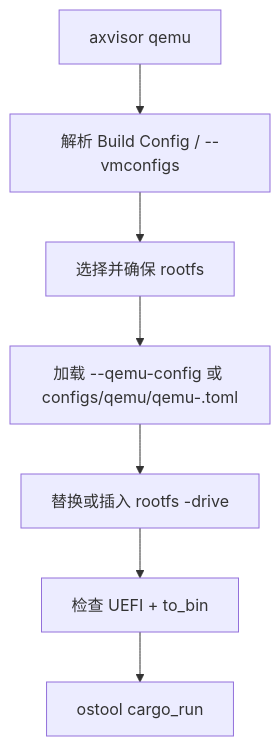
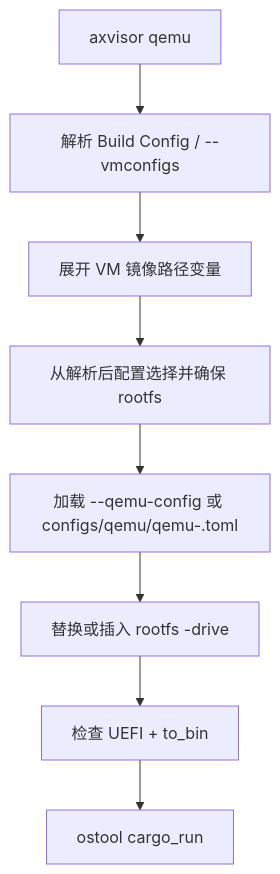
The diagram in docs/docs/build/axvisor/runtime.md (451846939/tgoskits), drawn with Mermaid before and after one commit. The commit also changed other lines of this file and 36 other files, not shown here.

````diff
--- a/docs/docs/build/axvisor/runtime.md
+++ b/docs/docs/build/axvisor/runtime.md
@@ -14,9 +16,10 @@
 ```mermaid
 flowchart TD
     A["axvisor qemu"] --> B["解析 Build Config / --vmconfigs"]
-    B --> C["选择并确保 rootfs"]
-    C --> D["加载 --qemu-config 或 configs/qemu/qemu-<arch>.toml"]
-    D --> E["替换或插入 rootfs -drive"]
-    E --> F["检查 UEFI + to_bin"]
-    F --> G["ostool cargo_run"]
+    B --> C["展开 VM 镜像路径变量"]
+    C --> D["从解析后配置选择并确保 rootfs"]
+    D --> E["加载 --qemu-config 或 configs/qemu/qemu-<arch>.toml"]
+    E --> F["替换或插入 rootfs -drive"]
+    F --> G["检查 UEFI + to_bin"]
+    G --> H["ostool cargo_run"]
 ```
````
